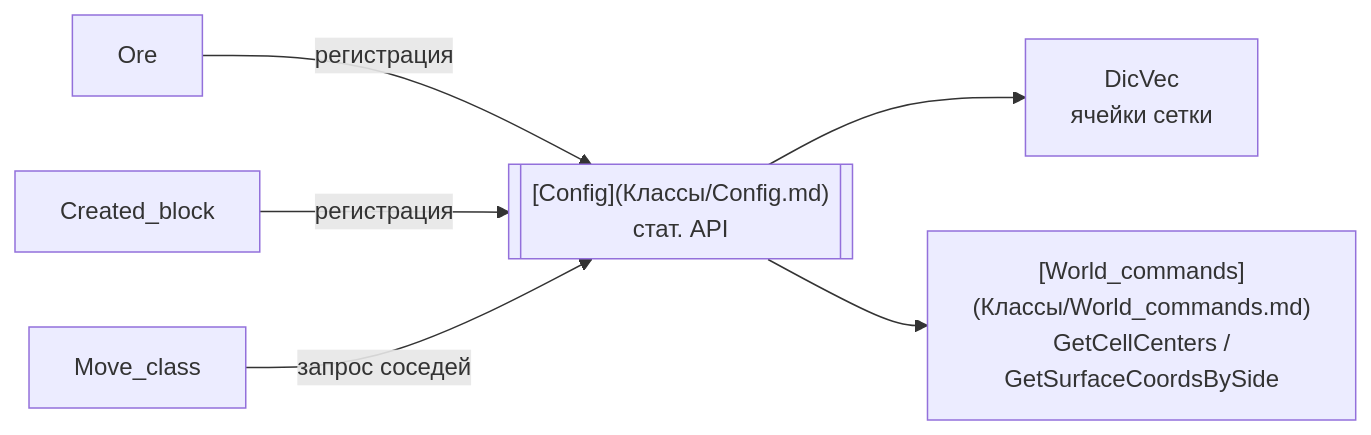
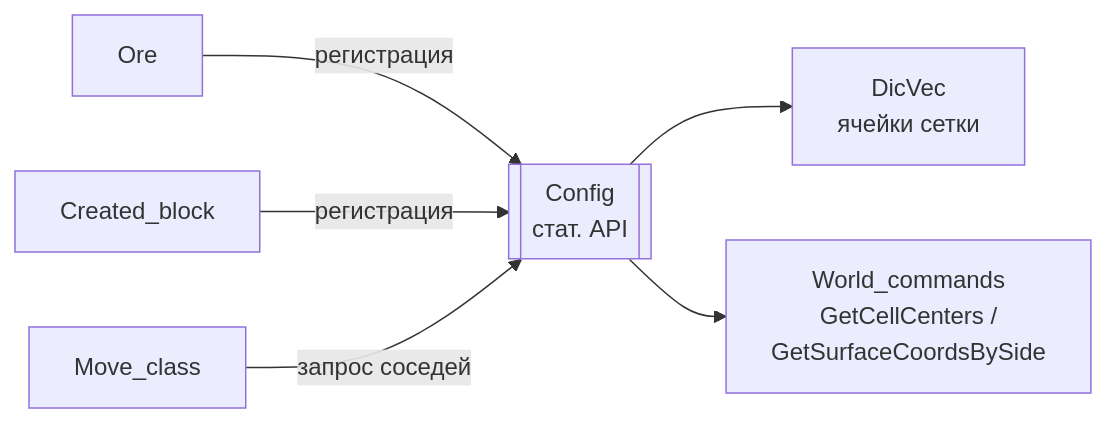
Before and after one commit to Test-Gast-Misha2101/MyPlay: the third of 4 diagrams in README.md, drawn with Mermaid. The commit also changed other lines of this file, not shown here.

````diff
--- a/README.md
+++ b/README.md
@@ -54,8 +54,8 @@
 ```mermaid
 flowchart LR
-    Config[["[Config](Классы/Config.md)<br>стат. API"]] --> DicVec[DicVec<br>ячейки сетки]
-    Config --> WC["[World_commands](Классы/World_commands.md)<br>GetCellCenters /<br>GetSurfaceCoordsBySide"]
+    Config[[Config<br>стат. API]] --> DicVec[DicVec<br>ячейки сетки]
+    Config --> WC[World_commands<br>GetCellCenters /<br>GetSurfaceCoordsBySide]
     Ore -->|регистрация| Config
     Created_block -->|регистрация| Config
     Move_class -->|запрос соседей| Config
 ```
````
